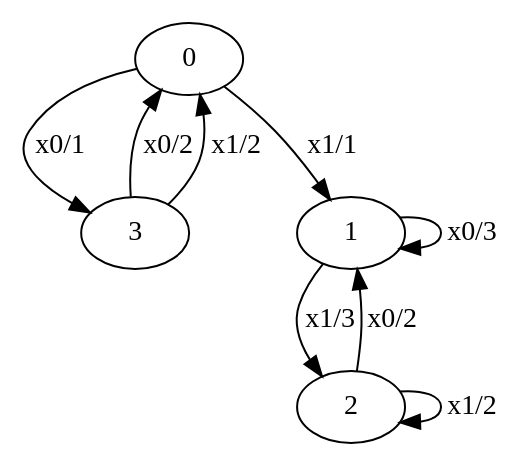
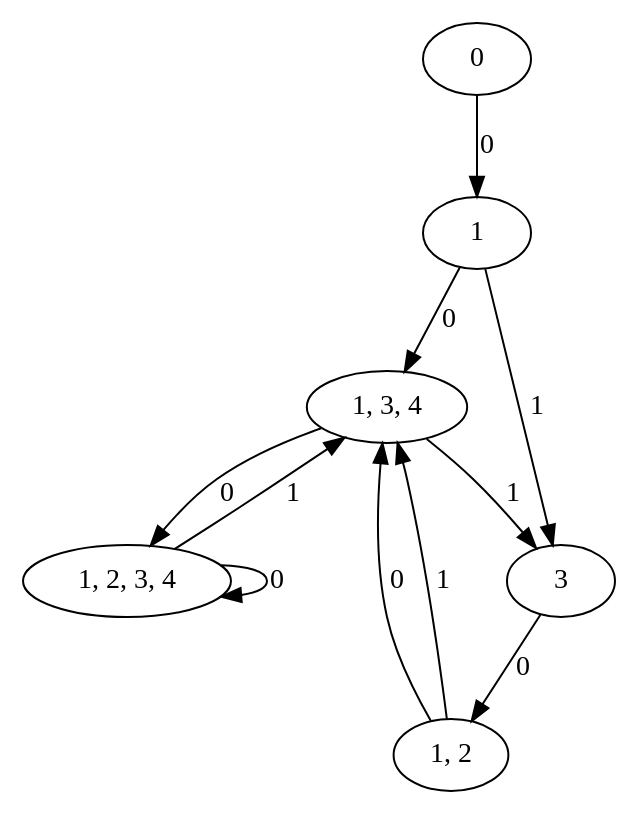
The diagram in MinimizationAutomate/target/MinimizationAutomate-1.0-SNAPSHOT/WEB-INF/classes/graph.dot (matjukov-nikolaj/TAaFL), drawn with Graphviz before and after one commit. The commit also changed 57 other files, not shown here.

```diff
--- a/MinimizationAutomate/target/MinimizationAutomate-1.0-SNAPSHOT/WEB-INF/classes/graph.dot
+++ b/MinimizationAutomate/target/MinimizationAutomate-1.0-SNAPSHOT/WEB-INF/classes/graph.dot
@@ -1,1 +1,1 @@
-digraph G{"0"->"3"[label="x0/1"];"0"->"1"[label="x1/1"];"1"->"1"[label="x0/3"];"1"->"2"[label="x1/3"];"2"->"1"[label="x0/2"];"2"->"2"[label="x1/2"];"3"->"0"[label="x0/2"];"3"->"0"[label="x1/2"];}
+digraph G{"1"->"1, 3, 4"[label="0"];"1"->"3"[label="1"];"1, 3, 4"->"1, 2, 3, 4"[label="0"];"1, 3, 4"->"3"[label="1"];"3"->"1, 2"[label="0"];"1, 2"->"1, 3, 4"[label="0"];"1, 2"->"1, 3, 4"[label="1"];"1, 2, 3, 4"->"1, 2, 3, 4"[label="0"];"1, 2, 3, 4"->"1, 3, 4"[label="1"];"0"->"1"[label="0"];}
```
